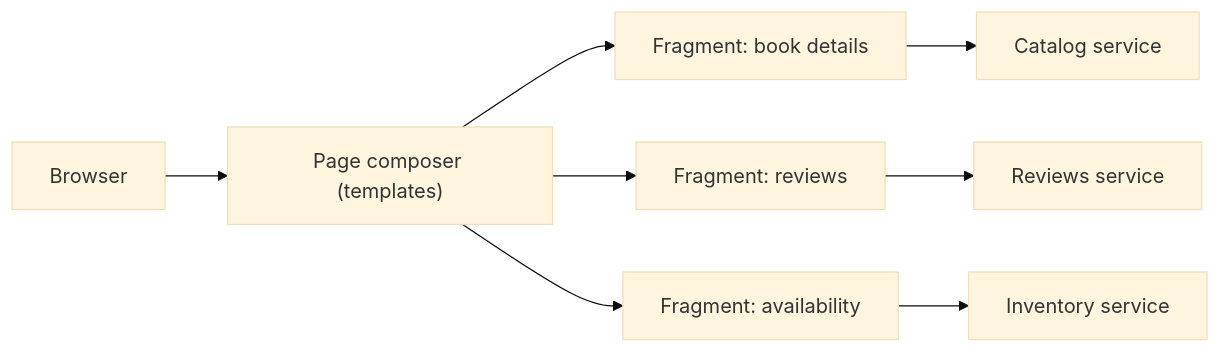
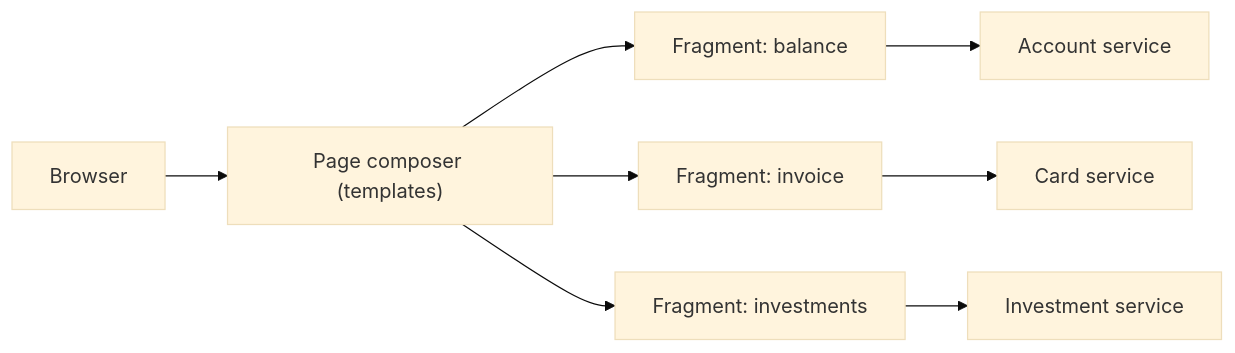
One commit to alancesar/design-patterns changed the diagram in i18n/en/docusaurus-plugin-content-docs/current/architecture/microservices/ui-design/server-side-page-fragment-composition.md. Above: the diagram before and after it, drawn with Mermaid (base theme). The commit also changed other lines of this file and 27 other files, not shown here.

Commit message:
Switch microservices concrete diagrams to fintech scenarios

````diff
--- a/i18n/en/docusaurus-plugin-content-docs/current/architecture/microservices/ui-design/server-side-page-fragment-composition.md
+++ b/i18n/en/docusaurus-plugin-content-docs/current/architecture/microservices/ui-design/server-side-page-fragment-composition.md
@@ -52,10 +52,10 @@
 ```mermaid
 flowchart LR
     N[Browser] --> P["Page composer (templates)"]
-    P --> F1["Fragment: book details"]
-    P --> F2["Fragment: reviews"]
-    P --> F3["Fragment: availability"]
-    F1 --> S1[Catalog service]
-    F2 --> S2[Reviews service]
-    F3 --> S3[Inventory service]
+    P --> F1["Fragment: balance"]
+    P --> F2["Fragment: invoice"]
+    P --> F3["Fragment: investments"]
+    F1 --> S1[Account service]
+    F2 --> S2[Card service]
+    F3 --> S3[Investment service]
 ```
````
